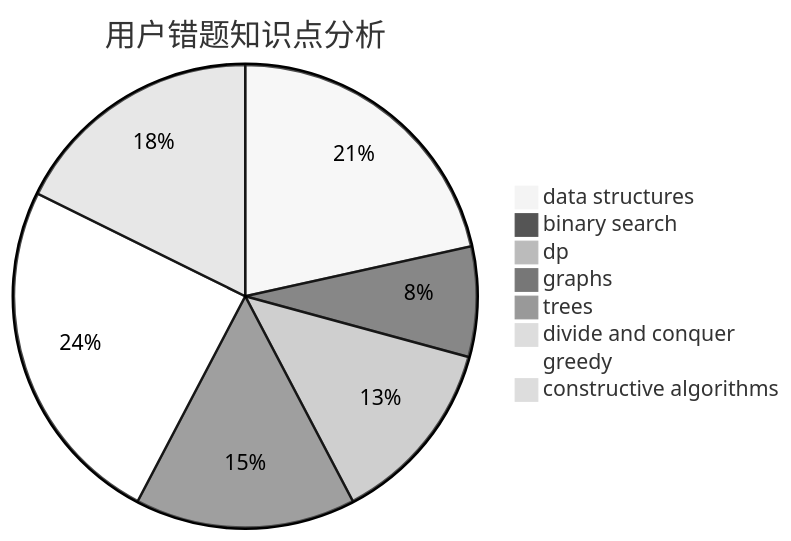
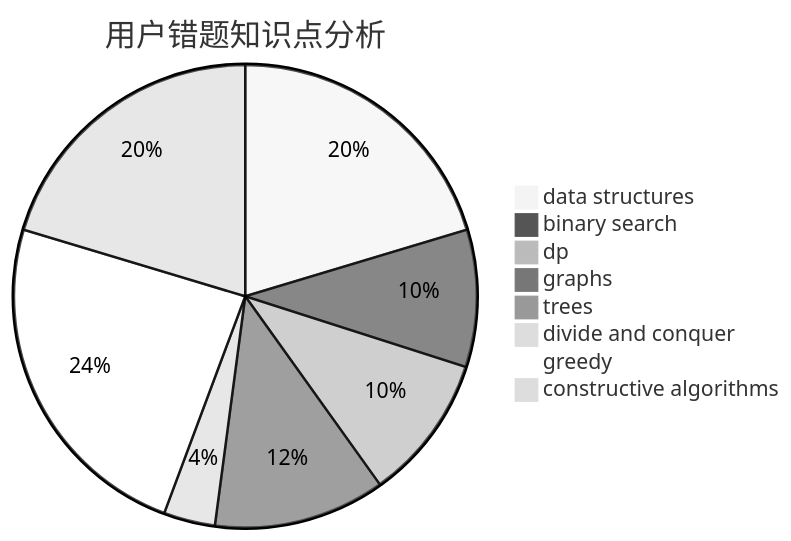
The third of 3 diagrams in docs/user/u2505.md (sherpahu/cfrs.github.io), drawn with Mermaid (neutral theme) before and after one commit. The commit also changed other lines of this file and 2770 other files, not shown here.

````diff
--- a/docs/user/u2505.md
+++ b/docs/user/u2505.md
@@ -36,11 +36,11 @@
 ```mermaid
 pie title 用户错题知识点分析
-    "data structures" :  28
-    "binary search" :  10
+    "data structures" :  34
+    "binary search" :  16
     "dp" :  17
     "graphs" :  20
     "trees" :  1
-    "divide and conquer" :  0
-    "greedy" :  32
-    "constructive algorithms" :  23
+    "divide and conquer" :  6
+    "greedy" :  40
+    "constructive algorithms" :  34
 ```
````
